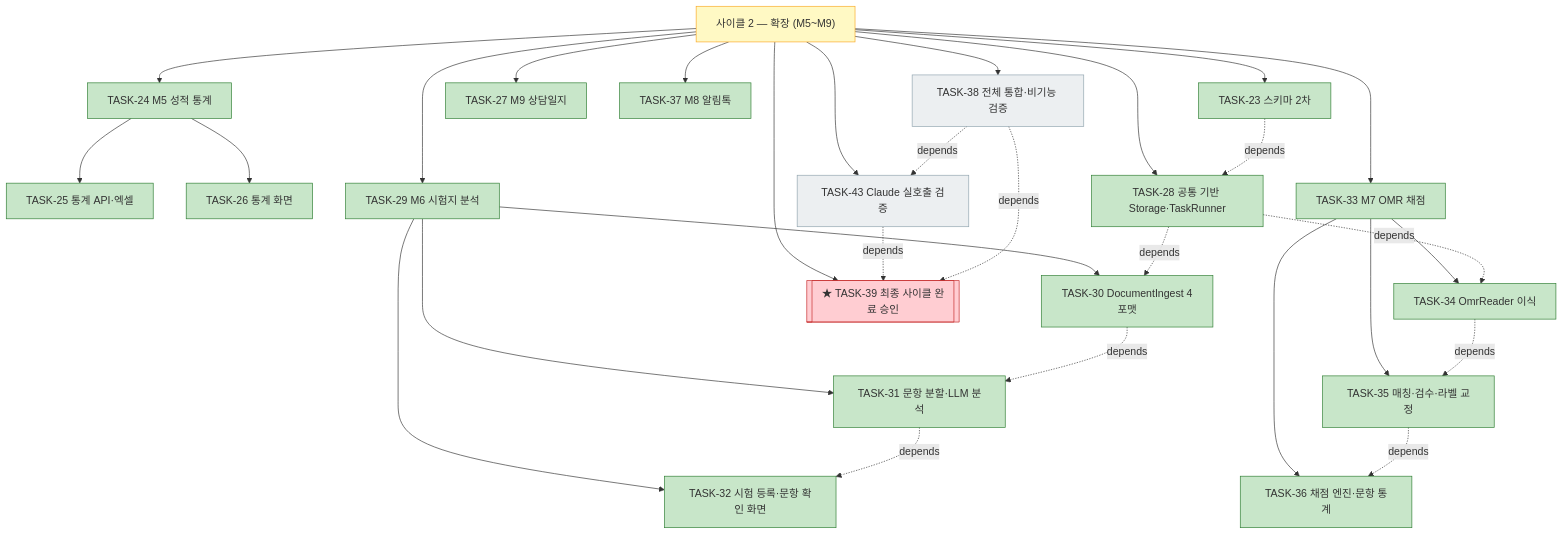
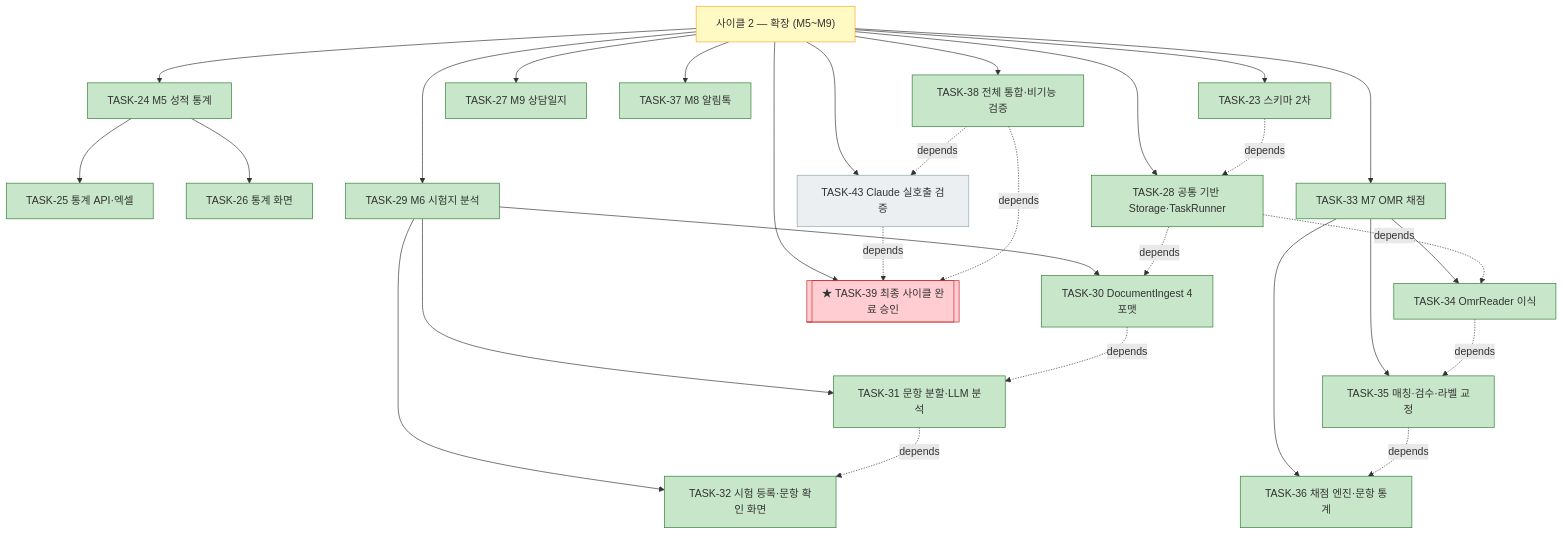
The third of 4 diagrams in docs/plan.md (bluesky5008/mathdesk), drawn with Mermaid before and after one commit. The commit also changed other lines of this file and 4 other files, not shown here.

First line of the commit message:
feat(ops): TASK-38 전체 통합·비기능 검증 — 백업·복원 스크립트

````diff
--- a/docs/plan.md
+++ b/docs/plan.md
@@ -184,36 +184,36 @@
 ```mermaid
 flowchart TD
     C2["사이클 2 — 확장 (M5~M9)"]:::active
     C2 --> T23["TASK-23 스키마 2차"]:::done
     C2 --> T24["TASK-24 M5 성적 통계"]:::done
     T24 --> T25["TASK-25 통계 API·엑셀"]:::done
     T24 --> T26["TASK-26 통계 화면"]:::done
     C2 --> T27["TASK-27 M9 상담일지"]:::done
     C2 --> T28["TASK-28 공통 기반 Storage·TaskRunner"]:::done
     C2 --> T29["TASK-29 M6 시험지 분석"]:::done
     T29 --> T30["TASK-30 DocumentIngest 4포맷"]:::done
     T29 --> T31["TASK-31 문항 분할·LLM 분석"]:::done
     T29 --> T32["TASK-32 시험 등록·문항 확인 화면"]:::done
     C2 --> T33["TASK-33 M7 OMR 채점"]:::done
     T33 --> T34["TASK-34 OmrReader 이식"]:::done
     T33 --> T35["TASK-35 매칭·검수·라벨 교정"]:::done
     T33 --> T36["TASK-36 채점 엔진·문항 통계"]:::done
     C2 --> T37["TASK-37 M8 알림톡"]:::done
-    C2 --> T38["TASK-38 전체 통합·비기능 검증"]:::todo
+    C2 --> T38["TASK-38 전체 통합·비기능 검증"]:::done
     C2 --> T43["TASK-43 Claude 실호출 검증"]:::todo
     C2 --> T39[["★ TASK-39 최종 사이클 완료 승인"]]:::gate
     T23 -. depends .-> T28
     T28 -. depends .-> T30
     T30 -. depends .-> T31
     T31 -. depends .-> T32
     T28 -. depends .-> T34
     T34 -. depends .-> T35
     T35 -. depends .-> T36
     T38 -. depends .-> T43
     T43 -. depends .-> T39
     T38 -. depends .-> T39
     classDef done fill:#c8e6c9,stroke:#2e7d32
     classDef active fill:#fff9c4,stroke:#f9a825
     classDef todo fill:#eceff1,stroke:#90a4ae
     classDef gate fill:#ffcdd2,stroke:#c62828
 ```
````
